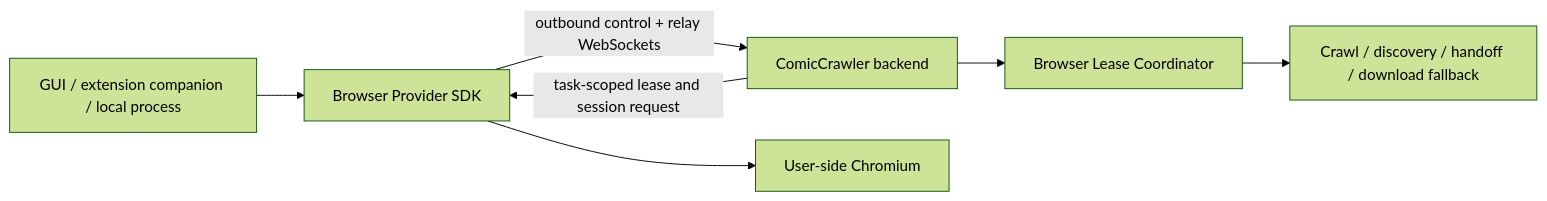
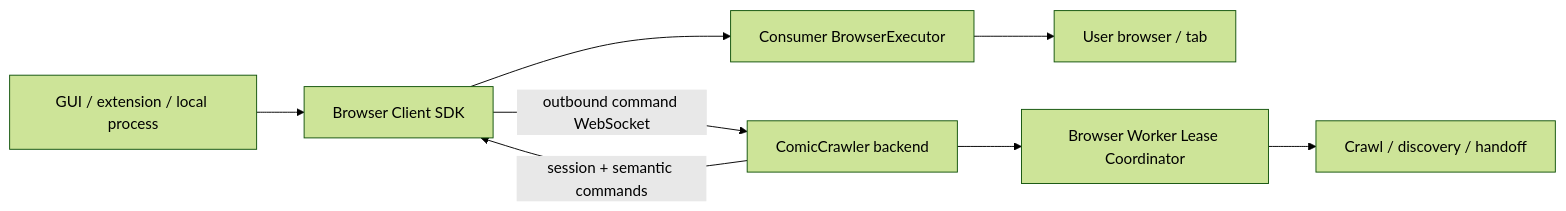
Before and after one commit to luberserker0v0/comic-crawler: the third of 3 diagrams in docs/ARCHITECTURE.md, drawn with Mermaid (forest theme). The commit also changed other lines of this file and 163 other files, not shown here.

Commit message:
feat: replace browser provider with browser client framework

````diff
--- a/docs/ARCHITECTURE.md
+++ b/docs/ARCHITECTURE.md
@@ -202,9 +203,10 @@
 ```mermaid
 flowchart LR
-  Client[GUI / extension companion / local process] --> Provider[Browser Provider SDK]
-  Provider -->|outbound control + relay WebSockets| Cloud[ComicCrawler backend]
-  Cloud -->|task-scoped lease and session request| Provider
-  Provider --> Browser[User-side Chromium]
-  Cloud --> Lease[Browser Lease Coordinator]
-  Lease --> Crawl[Crawl / discovery / handoff / download fallback]
+  App[GUI / extension / local process] --> SDK[Browser Client SDK]
+  SDK -->|outbound command WebSocket| Cloud[ComicCrawler backend]
+  Cloud -->|session + semantic commands| SDK
+  SDK --> Executor[Consumer BrowserExecutor]
+  Executor --> Browser[User browser / tab]
+  Cloud --> Lease[Browser Worker Lease Coordinator]
+  Lease --> Crawl[Crawl / discovery / handoff]
 ```
````
